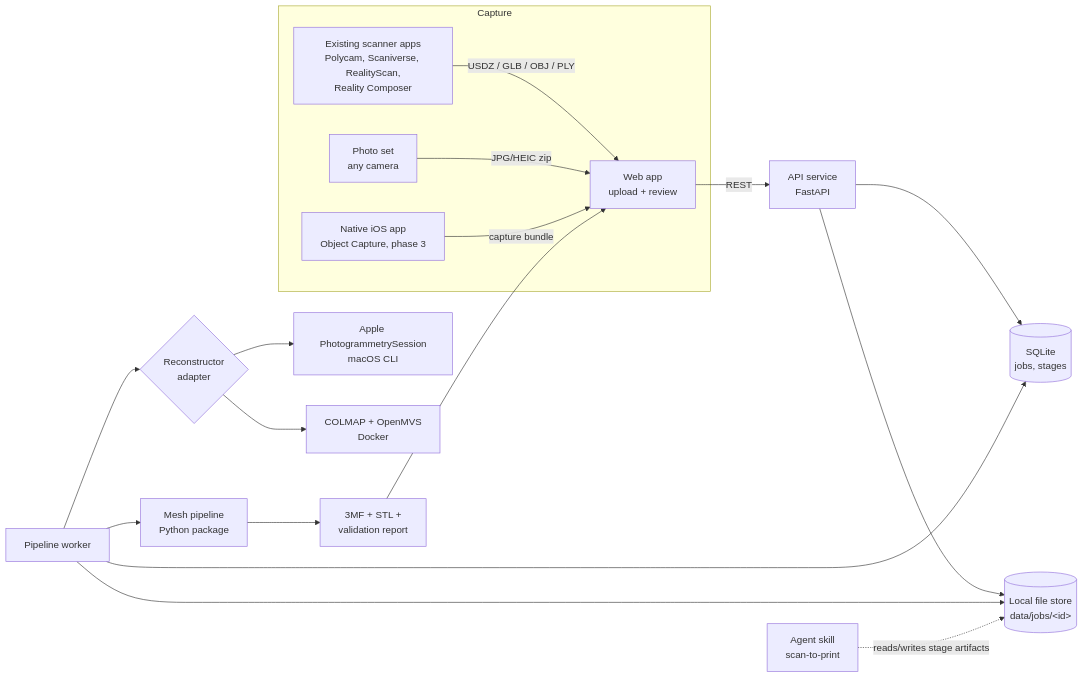
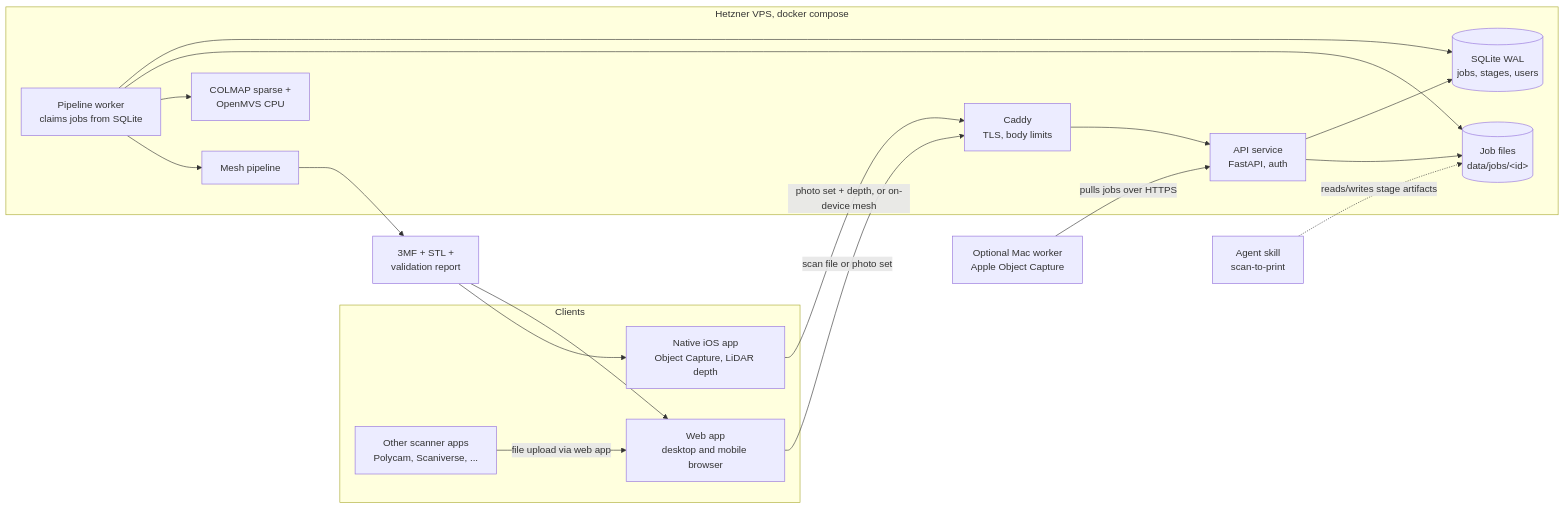
The diagram in docs/ARCHITECTURE.md (scottlinddk/3D-scan), drawn with Mermaid before and after one commit. The commit also changed other lines of this file and 3 other files, not shown here.

First line of the commit message:
Plan v0.2: Hetzner-hosted stack, photogrammetry and iOS in phase 1

````diff
--- a/docs/ARCHITECTURE.md
+++ b/docs/ARCHITECTURE.md
@@ -40,21 +40,27 @@
 ```mermaid
 flowchart LR
-  subgraph Capture
-    A1[Existing scanner apps<br/>Polycam, Scaniverse, RealityScan,<br/>Reality Composer] -->|USDZ / GLB / OBJ / PLY| UP
-    A2[Photo set<br/>any camera] -->|JPG/HEIC zip| UP
-    A3[Native iOS app<br/>Object Capture, phase 3] -->|capture bundle| UP
+  subgraph Clients
+    IOS[Native iOS app<br/>Object Capture, LiDAR depth]
+    WEB[Web app<br/>desktop and mobile browser]
+    EXT[Other scanner apps<br/>Polycam, Scaniverse, ...]
   end
 
-  UP[Web app<br/>upload + review] -->|REST| API[API service<br/>FastAPI]
-  API --> DB[(SQLite<br/>jobs, stages)]
-  API --> FS[(Local file store<br/>data/jobs/&lt;id&gt;)]
-  W[Pipeline worker] --> DB
-  W --> FS
-  W --> R{Reconstructor<br/>adapter}
-  R --> R1[Apple PhotogrammetrySession<br/>macOS CLI]
-  R --> R2[COLMAP + OpenMVS<br/>Docker]
-  W --> P[Mesh pipeline<br/>Python package]
+  subgraph VPS[Hetzner VPS, docker compose]
+    CADDY[Caddy<br/>TLS, body limits] --> API[API service<br/>FastAPI, auth]
+    API --> DB[(SQLite WAL<br/>jobs, stages, users)]
+    API --> FS[(Job files<br/>data/jobs/&lt;id&gt;)]
+    W[Pipeline worker<br/>claims jobs from SQLite] --> DB
+    W --> FS
+    W --> RC1[COLMAP sparse +<br/>OpenMVS CPU]
+    W --> P[Mesh pipeline]
+  end
+
+  MAC[Optional Mac worker<br/>Apple Object Capture] -->|pulls jobs over HTTPS| API
+  IOS -->|photo set + depth, or on-device mesh| CADDY
+  WEB -->|scan file or photo set| CADDY
+  EXT -->|file upload via web app| WEB
   P --> OUT[3MF + STL +<br/>validation report]
-  OUT --> UP
+  OUT --> WEB
+  OUT --> IOS
   AG[Agent skill<br/>scan-to-print] -.reads/writes stage artifacts.-> FS
 ```
````
